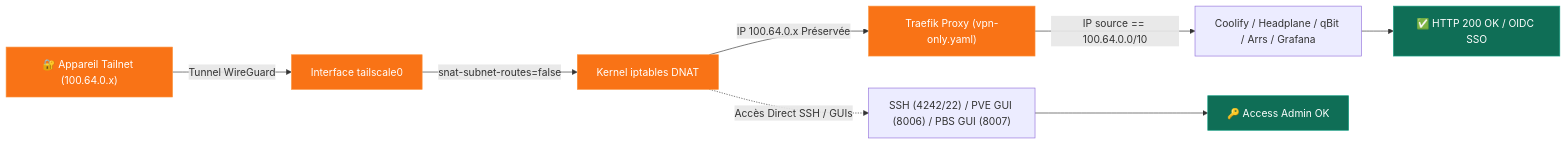
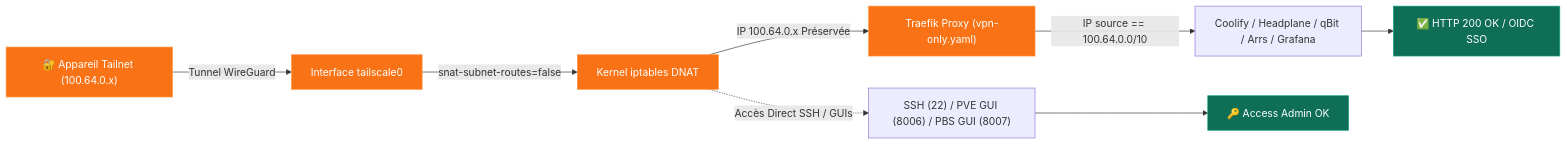
The third of 4 diagrams in reseau/matrice-securite-exposition.md (ims-world/docs), drawn with Mermaid before and after one commit. The commit also changed other lines of this file and 14 other files, not shown here.

````diff
--- a/reseau/matrice-securite-exposition.md
+++ b/reseau/matrice-securite-exposition.md
@@ -98,17 +98,17 @@
     ```mermaid
     graph LR
-        CLIENT_TS["🔐 Appareil Tailnet (100.64.0.x)"] -->|Tunnel WireGuard| TS_IF["Interface tailscale0"]
-        TS_IF -->|snat-subnet-routes=false| KERNEL["Kernel iptables DNAT"]
+CLIENT_TS["🔐 Appareil Tailnet (100.64.0.x)"] -->|Tunnel WireGuard| TS_IF["Interface tailscale0"]
+TS_IF -->|snat-subnet-routes=false| KERNEL["Kernel iptables DNAT"]
 
-        KERNEL -->|IP 100.64.0.x Préservée| TRAEFIK["Traefik Proxy (vpn-only.yaml)"]
-        KERNEL -.->|Accès Direct SSH / GUIs| ADMIN_SYS["SSH (4242/22) / PVE GUI (8006) / PBS GUI (8007)"]
+KERNEL -->|IP 100.64.0.x Préservée| TRAEFIK["Traefik Proxy (vpn-only.yaml)"]
+KERNEL -.->|Accès Direct SSH / GUIs| ADMIN_SYS["SSH (22) / PVE GUI (8006) / PBS GUI (8007)"]
 
-        TRAEFIK -->|IP source == 100.64.0.0/10| APPS_PRIV["Coolify / Headplane / qBit / Arrs / Grafana"]
-        APPS_PRIV --> OK_TS["✅ HTTP 200 OK / OIDC SSO"]
-        ADMIN_SYS --> OK_ADMIN["🔑 Access Admin OK"]
+TRAEFIK -->|IP source == 100.64.0.0/10| APPS_PRIV["Coolify / Headplane / qBit / Arrs / Grafana"]
+APPS_PRIV --> OK_TS["✅ HTTP 200 OK / OIDC SSO"]
+ADMIN_SYS --> OK_ADMIN["🔑 Access Admin OK"]
 
-        classDef vpn fill:#F97316,stroke:#FB923C,color:#fff;
-        classDef ok fill:#0F6E56,stroke:#16A085,color:#fff;
-        class CLIENT_TS,TS_IF,KERNEL,TRAEFIK vpn;
-        class OK_TS,OK_ADMIN ok;
+classDef vpn fill:#F97316,stroke:#FB923C,color:#fff;
+classDef ok fill:#0F6E56,stroke:#16A085,color:#fff;
+class CLIENT_TS,TS_IF,KERNEL,TRAEFIK vpn;
+class OK_TS,OK_ADMIN ok;
     ```
````
